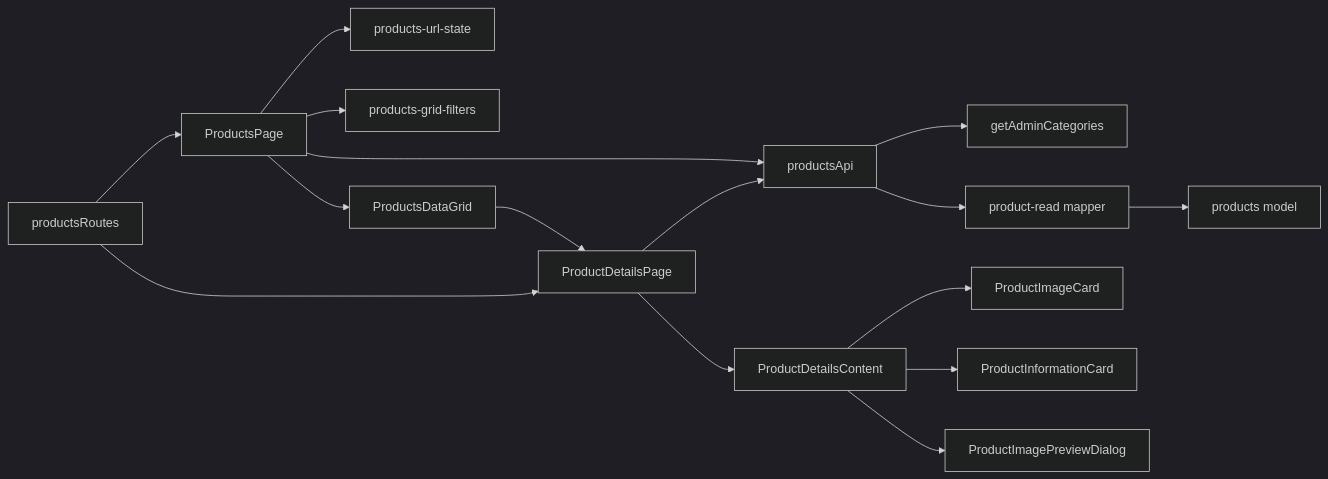
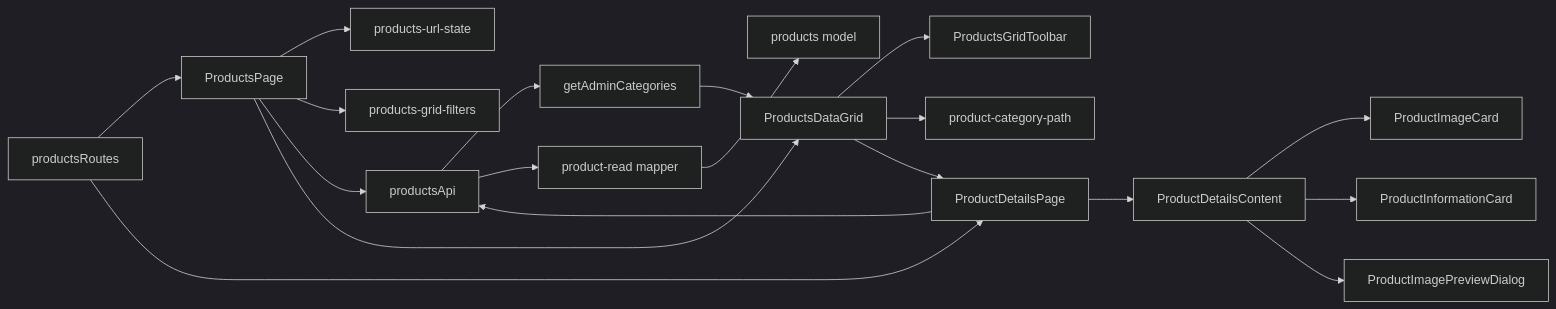
The diagram in docs/features/admin/products.md (Weretik/kedr-web), drawn with Mermaid (dark theme) before and after one commit. The commit also changed other lines of this file and 11 other files, not shown here.

Commit message:
feat(admin-products): clarify category paths and filters

````diff
--- a/docs/features/admin/products.md
+++ b/docs/features/admin/products.md
@@ -15,18 +15,21 @@
 ```mermaid
 flowchart LR
     Routes[productsRoutes] --> List[ProductsPage]
     Routes --> Detail[ProductDetailsPage]
     List --> Url[products-url-state]
     List --> Filters[products-grid-filters]
     List --> Api[productsApi]
     Api --> Categories[getAdminCategories]
     Detail --> Api
     Detail --> DetailUi[ProductDetailsContent]
     DetailUi --> Image[ProductImageCard]
     DetailUi --> Info[ProductInformationCard]
     DetailUi --> Preview[ProductImagePreviewDialog]
     Api --> Mapper[product-read mapper]
     Mapper --> Model[products model]
     List --> Grid[ProductsDataGrid]
+    Categories --> Grid
+    Grid --> Toolbar[ProductsGridToolbar]
+    Grid --> Path[product-category-path]
     Grid --> Detail
 ```
````
